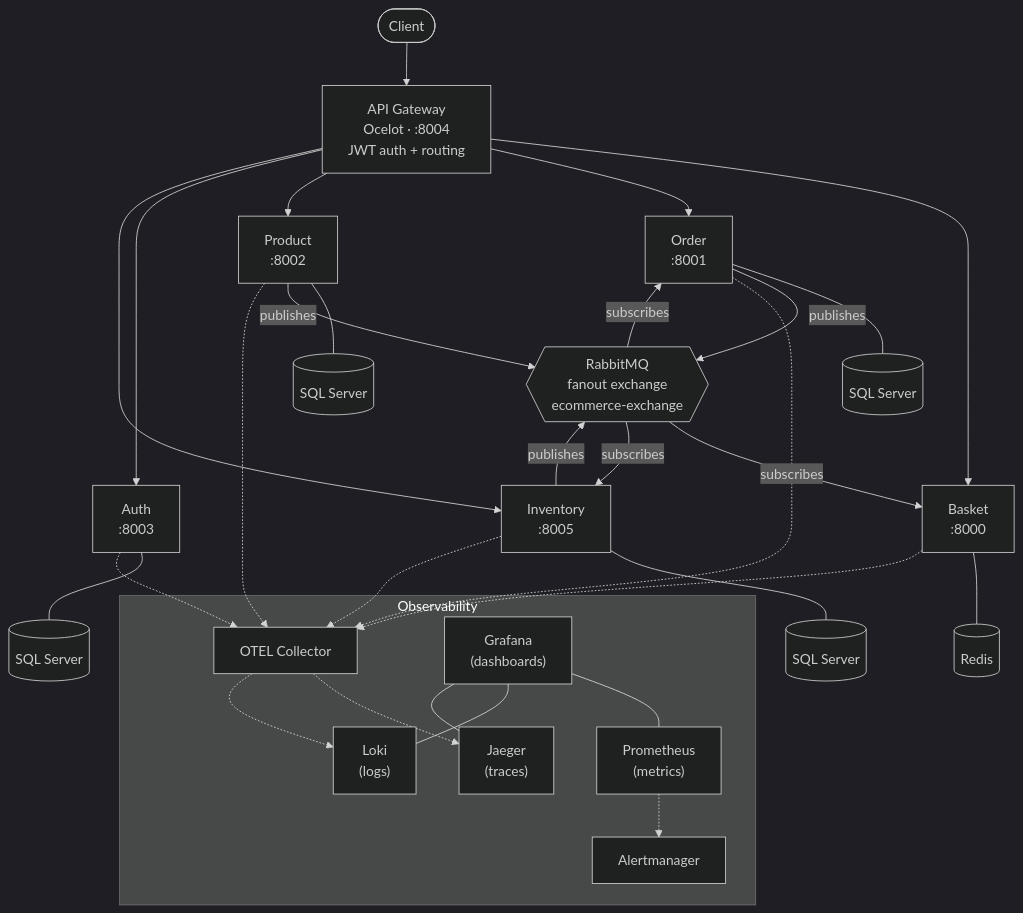
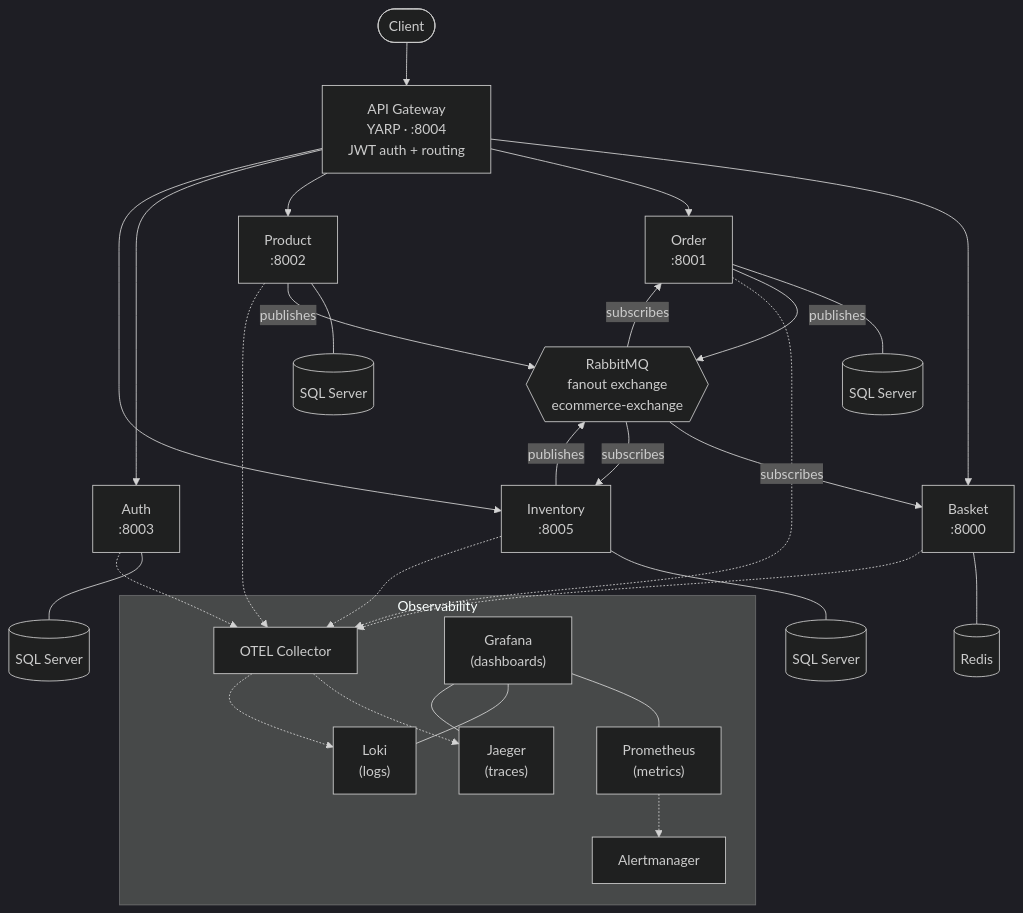
Before and after one commit to daonhan/Microservices-in-.NET: the diagram in README.md, drawn with Mermaid (dark theme). The commit also changed other lines of this file and 1 other file, not shown here.

First line of the commit message:
Phase 6: default API Gateway provider to YARP + docs

````diff
--- a/README.md
+++ b/README.md
@@ -7,44 +7,44 @@
 ```mermaid
 graph TD
-    Client([Client]) --> GW["API Gateway<br/>Ocelot · :8004<br/>JWT auth + routing"]
+    Client([Client]) --> GW["API Gateway<br/>YARP · :8004<br/>JWT auth + routing"]
 
     GW --> Basket["Basket<br/>:8000"]
     GW --> Order["Order<br/>:8001"]
     GW --> Product["Product<br/>:8002"]
     GW --> Auth["Auth<br/>:8003"]
     GW --> Inventory["Inventory<br/>:8005"]
 
     Basket --- Redis[(Redis)]
     Order --- SQLOrder[(SQL Server)]
     Product --- SQLProduct[(SQL Server)]
     Auth --- SQLAuth[(SQL Server)]
     Inventory --- SQLInventory[(SQL Server)]
 
     Order -- publishes --> RabbitMQ{{"RabbitMQ<br/>fanout exchange<br/>ecommerce-exchange"}}
     Product -- publishes --> RabbitMQ
     Inventory -- publishes --> RabbitMQ
     RabbitMQ -- subscribes --> Basket
     RabbitMQ -- subscribes --> Order
     RabbitMQ -- subscribes --> Inventory
 
     subgraph Observability
         OTEL["OTEL Collector"]
         Jaeger["Jaeger<br/>(traces)"]
         Prometheus["Prometheus<br/>(metrics)"]
         Loki["Loki<br/>(logs)"]
         Grafana["Grafana<br/>(dashboards)"]
         Alertmanager["Alertmanager"]
     end
 
     Basket -.-> OTEL
     Order -.-> OTEL
     Product -.-> OTEL
     Auth -.-> OTEL
     Inventory -.-> OTEL
     OTEL -.-> Jaeger
     OTEL -.-> Loki
     Prometheus -.-> Alertmanager
     Grafana --- Prometheus
     Grafana --- Loki
     Grafana --- Jaeger
 ```
````
